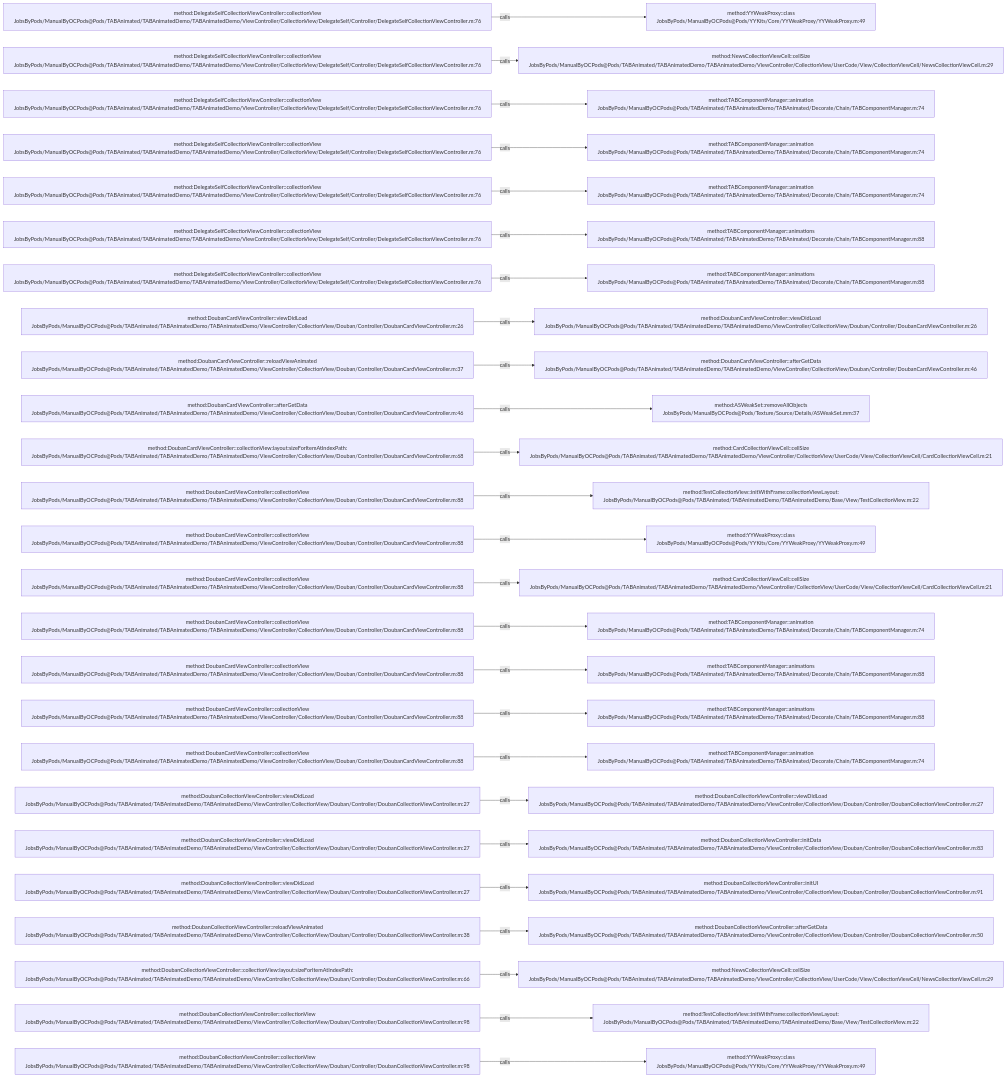
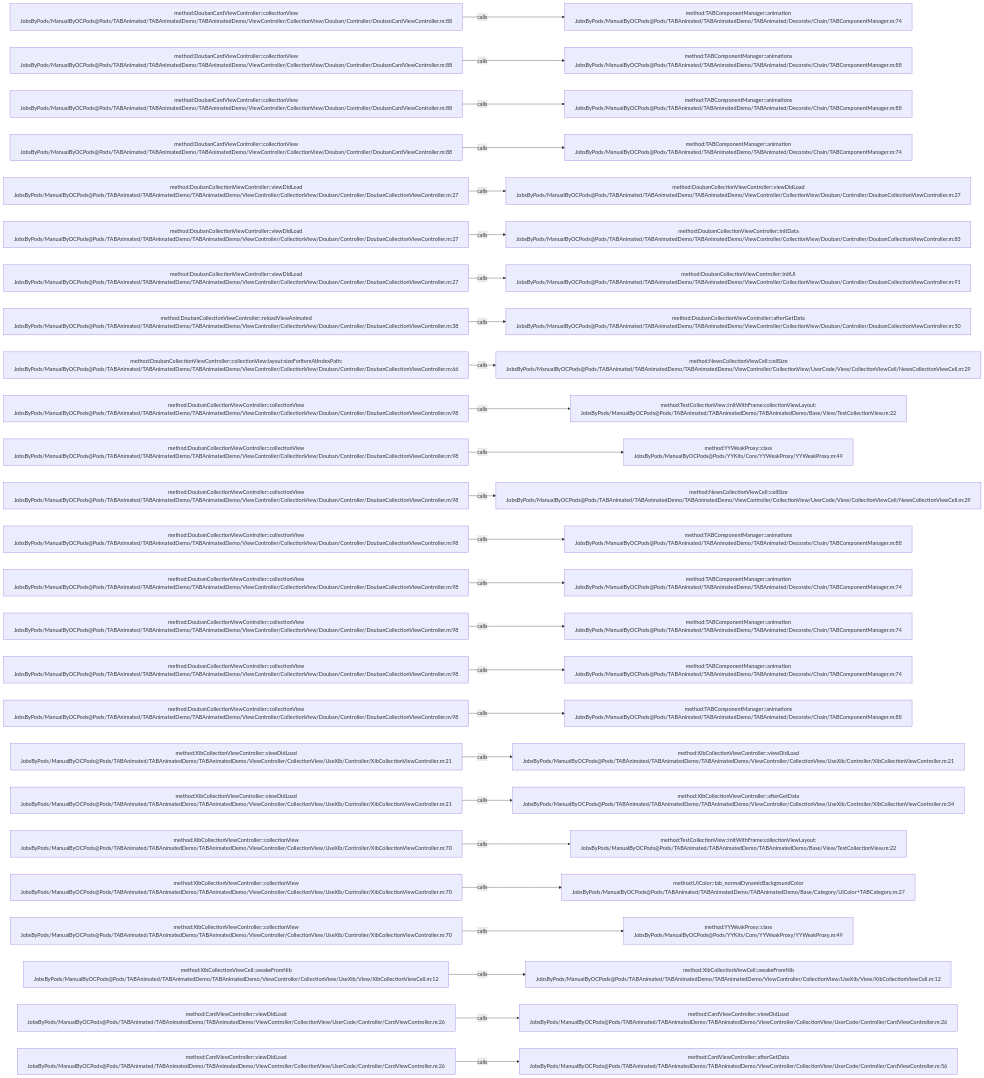
The diagram in .codegraph/codegraph.md/graphs/calls-050.md (JobsKits/JobsOCBaseConfigDemo), drawn with Mermaid before and after one commit. The commit also changed 296 other files, not shown here.

````diff
--- a/.codegraph/codegraph.md/graphs/calls-050.md
+++ b/.codegraph/codegraph.md/graphs/calls-050.md
@@ -13,78 +13,78 @@
 ```mermaid
 flowchart LR
-  S1["method:DelegateSelfCollectionViewController::collectionView<br/>JobsByPods/ManualByOCPods@Pods/TABAnimated/TABAnimatedDemo/TABAnimatedDemo/ViewController/CollectionView/DelegateSelf/Controller/DelegateSelfCollectionViewController.m:76"]
-  T1["method:YYWeakProxy::class<br/>JobsByPods/ManualByOCPods@Pods/YYKits/Core/YYWeakProxy/YYWeakProxy.m:49"]
+  S1["method:DoubanCardViewController::collectionView<br/>JobsByPods/ManualByOCPods@Pods/TABAnimated/TABAnimatedDemo/TABAnimatedDemo/ViewController/CollectionView/Douban/Controller/DoubanCardViewController.m:88"]
+  T1["method:TABComponentManager::animation<br/>JobsByPods/ManualByOCPods@Pods/TABAnimated/TABAnimatedDemo/TABAnimated/Decorate/Chain/TABComponentManager.m:74"]
   S1 -->|calls| T1
-  S2["method:DelegateSelfCollectionViewController::collectionView<br/>JobsByPods/ManualByOCPods@Pods/TABAnimated/TABAnimatedDemo/TABAnimatedDemo/ViewController/CollectionView/DelegateSelf/Controller/DelegateSelfCollectionViewController.m:76"]
-  T2["method:NewsCollectionViewCell::cellSize<br/>JobsByPods/ManualByOCPods@Pods/TABAnimated/TABAnimatedDemo/TABAnimatedDemo/ViewController/CollectionView/UserCode/View/CollectionViewCell/NewsCollectionViewCell.m:29"]
+  S2["method:DoubanCardViewController::collectionView<br/>JobsByPods/ManualByOCPods@Pods/TABAnimated/TABAnimatedDemo/TABAnimatedDemo/ViewController/CollectionView/Douban/Controller/DoubanCardViewController.m:88"]
+  T2["method:TABComponentManager::animations<br/>JobsByPods/ManualByOCPods@Pods/TABAnimated/TABAnimatedDemo/TABAnimated/Decorate/Chain/TABComponentManager.m:88"]
   S2 -->|calls| T2
-  S3["method:DelegateSelfCollectionViewController::collectionView<br/>JobsByPods/ManualByOCPods@Pods/TABAnimated/TABAnimatedDemo/TABAnimatedDemo/ViewController/CollectionView/DelegateSelf/Controller/DelegateSelfCollectionViewController.m:76"]
-  T3["method:TABComponentManager::animation<br/>JobsByPods/ManualByOCPods@Pods/TABAnimated/TABAnimatedDemo/TABAnimated/Decorate/Chain/TABComponentManager.m:74"]
+  S3["method:DoubanCardViewController::collectionView<br/>JobsByPods/ManualByOCPods@Pods/TABAnimated/TABAnimatedDemo/TABAnimatedDemo/ViewController/CollectionView/Douban/Controller/DoubanCardViewController.m:88"]
+  T3["method:TABComponentManager::animations<br/>JobsByPods/ManualByOCPods@Pods/TABAnimated/TABAnimatedDemo/TABAnimated/Decorate/Chain/TABComponentManager.m:88"]
   S3 -->|calls| T3
-  S4["method:DelegateSelfCollectionViewController::collectionView<br/>JobsByPods/ManualByOCPods@Pods/TABAnimated/TABAnimatedDemo/TABAnimatedDemo/ViewController/CollectionView/DelegateSelf/Controller/DelegateSelfCollectionViewController.m:76"]
+  S4["method:DoubanCardViewController::collectionView<br/>JobsByPods/ManualByOCPods@Pods/TABAnimated/TABAnimatedDemo/TABAnimatedDemo/ViewController/CollectionView/Douban/Controller/DoubanCardViewController.m:88"]
   T4["method:TABComponentManager::animation<br/>JobsByPods/ManualByOCPods@Pods/TABAnimated/TABAnimatedDemo/TABAnimated/Decorate/Chain/TABComponentManager.m:74"]
   S4 -->|calls| T4
-  S5["method:DelegateSelfCollectionViewController::collectionView<br/>JobsByPods/ManualByOCPods@Pods/TABAnimated/TABAnimatedDemo/TABAnimatedDemo/ViewController/CollectionView/DelegateSelf/Controller/DelegateSelfCollectionViewController.m:76"]
-  T5["method:TABComponentManager::animation<br/>JobsByPods/ManualByOCPods@Pods/TABAnimated/TABAnimatedDemo/TABAnimated/Decorate/Chain/TABComponentManager.m:74"]
+  S5["method:DoubanCollectionViewController::viewDidLoad<br/>JobsByPods/ManualByOCPods@Pods/TABAnimated/TABAnimatedDemo/TABAnimatedDemo/ViewController/CollectionView/Douban/Controller/DoubanCollectionViewController.m:27"]
+  T5["method:DoubanCollectionViewController::viewDidLoad<br/>JobsByPods/ManualByOCPods@Pods/TABAnimated/TABAnimatedDemo/TABAnimatedDemo/ViewController/CollectionView/Douban/Controller/DoubanCollectionViewController.m:27"]
   S5 -->|calls| T5
-  S6["method:DelegateSelfCollectionViewController::collectionView<br/>JobsByPods/ManualByOCPods@Pods/TABAnimated/TABAnimatedDemo/TABAnimatedDemo/ViewController/CollectionView/DelegateSelf/Controller/DelegateSelfCollectionViewController.m:76"]
-  T6["method:TABComponentManager::animations<br/>JobsByPods/ManualByOCPods@Pods/TABAnimated/TABAnimatedDemo/TABAnimated/Decorate/Chain/TABComponentManager.m:88"]
+  S6["method:DoubanCollectionViewController::viewDidLoad<br/>JobsByPods/ManualByOCPods@Pods/TABAnimated/TABAnimatedDemo/TABAnimatedDemo/ViewController/CollectionView/Douban/Controller/DoubanCollectionViewController.m:27"]
+  T6["method:DoubanCollectionViewController::initData<br/>JobsByPods/ManualByOCPods@Pods/TABAnimated/TABAnimatedDemo/TABAnimatedDemo/ViewController/CollectionView/Douban/Controller/DoubanCollectionViewController.m:83"]
   S6 -->|calls| T6
-  S7["method:DelegateSelfCollectionViewController::collectionView<br/>JobsByPods/ManualByOCPods@Pods/TABAnimated/TABAnimatedDemo/TABAnimatedDemo/ViewController/CollectionView/DelegateSelf/Controller/DelegateSelfCollectionViewController.m:76"]
-  T7["method:TABComponentManager::animations<br/>JobsByPods/ManualByOCPods@Pods/TABAnimated/TABAnimatedDemo/TABAnimated/Decorate/Chain/TABComponentManager.m:88"]
+  S7["method:DoubanCollectionViewController::viewDidLoad<br/>JobsByPods/ManualByOCPods@Pods/TABAnimated/TABAnimatedDemo/TABAnimatedDemo/ViewController/CollectionView/Douban/Controller/DoubanCollectionViewController.m:27"]
+  T7["method:DoubanCollectionViewController::initUI<br/>JobsByPods/ManualByOCPods@Pods/TABAnimated/TABAnimatedDemo/TABAnimatedDemo/ViewController/CollectionView/Douban/Controller/DoubanCollectionViewController.m:91"]
   S7 -->|calls| T7
-  S8["method:DoubanCardViewController::viewDidLoad<br/>JobsByPods/ManualByOCPods@Pods/TABAnimated/TABAnimatedDemo/TABAnimatedDemo/ViewController/CollectionView/Douban/Controller/DoubanCardViewController.m:26"]
-  T8["method:DoubanCardViewController::viewDidLoad<br/>JobsByPods/ManualByOCPods@Pods/TABAnimated/TABAnimatedDemo/TABAnimatedDemo/ViewController/CollectionView/Douban/Controller/DoubanCardViewController.m:26"]
+  S8["method:DoubanCollectionViewController::reloadViewAnimated<br/>JobsByPods/ManualByOCPods@Pods/TABAnimated/TABAnimatedDemo/TABAnimatedDemo/ViewController/CollectionView/Douban/Controller/DoubanCollectionViewController.m:38"]
+  T8["method:DoubanCollectionViewController::afterGetData<br/>JobsByPods/ManualByOCPods@Pods/TABAnimated/TABAnimatedDemo/TABAnimatedDemo/ViewController/CollectionView/Douban/Controller/DoubanCollectionViewController.m:50"]
   S8 -->|calls| T8
-  S9["method:DoubanCardViewController::reloadViewAnimated<br/>JobsByPods/ManualByOCPods@Pods/TABAnimated/TABAnimatedDemo/TABAnimatedDemo/ViewController/CollectionView/Douban/Controller/DoubanCardViewController.m:37"]
-  T9["method:DoubanCardViewController::afterGetData<br/>JobsByPods/ManualByOCPods@Pods/TABAnimated/TABAnimatedDemo/TABAnimatedDemo/ViewController/CollectionView/Douban/Controller/DoubanCardViewController.m:46"]
+  S9["method:DoubanCollectionViewController::collectionView:layout:sizeForItemAtIndexPath:<br/>JobsByPods/ManualByOCPods@Pods/TABAnimated/TABAnimatedDemo/TABAnimatedDemo/ViewController/CollectionView/Douban/Controller/DoubanCollectionViewController.m:66"]
+  T9["method:NewsCollectionViewCell::cellSize<br/>JobsByPods/ManualByOCPods@Pods/TABAnimated/TABAnimatedDemo/TABAnimatedDemo/ViewController/CollectionView/UserCode/View/CollectionViewCell/NewsCollectionViewCell.m:29"]
   S9 -->|calls| T9
-  S10["method:DoubanCardViewController::afterGetData<br/>JobsByPods/ManualByOCPods@Pods/TABAnimated/TABAnimatedDemo/TABAnimatedDemo/ViewController/CollectionView/Douban/Controller/DoubanCardViewController.m:46"]
-  T10["method:ASWeakSet::removeAllObjects<br/>JobsByPods/ManualByOCPods@Pods/Texture/Source/Details/ASWeakSet.mm:37"]
+  S10["method:DoubanCollectionViewController::collectionView<br/>JobsByPods/ManualByOCPods@Pods/TABAnimated/TABAnimatedDemo/TABAnimatedDemo/ViewController/CollectionView/Douban/Controller/DoubanCollectionViewController.m:98"]
+  T10["method:TestCollectionView::initWithFrame:collectionViewLayout:<br/>JobsByPods/ManualByOCPods@Pods/TABAnimated/TABAnimatedDemo/TABAnimatedDemo/Base/View/TestCollectionView.m:22"]
   S10 -->|calls| T10
-  S11["method:DoubanCardViewController::collectionView:layout:sizeForItemAtIndexPath:<br/>JobsByPods/ManualByOCPods@Pods/TABAnimated/TABAnimatedDemo/TABAnimatedDemo/ViewController/CollectionView/Douban/Controller/DoubanCardViewController.m:68"]
-  T11["method:CardCollectionViewCell::cellSize<br/>JobsByPods/ManualByOCPods@Pods/TABAnimated/TABAnimatedDemo/TABAnimatedDemo/ViewController/CollectionView/UserCode/View/CollectionViewCell/CardCollectionViewCell.m:21"]
+  S11["method:DoubanCollectionViewController::collectionView<br/>JobsByPods/ManualByOCPods@Pods/TABAnimated/TABAnimatedDemo/TABAnimatedDemo/ViewController/CollectionView/Douban/Controller/DoubanCollectionViewController.m:98"]
+  T11["method:YYWeakProxy::class<br/>JobsByPods/ManualByOCPods@Pods/YYKits/Core/YYWeakProxy/YYWeakProxy.m:49"]
   S11 -->|calls| T11
-  S12["method:DoubanCardViewController::collectionView<br/>JobsByPods/ManualByOCPods@Pods/TABAnimated/TABAnimatedDemo/TABAnimatedDemo/ViewController/CollectionView/Douban/Controller/DoubanCardViewController.m:88"]
-  T12["method:TestCollectionView::initWithFrame:collectionViewLayout:<br/>JobsByPods/ManualByOCPods@Pods/TABAnimated/TABAnimatedDemo/TABAnimatedDemo/Base/View/TestCollectionView.m:22"]
+  S12["method:DoubanCollectionViewController::collectionView<br/>JobsByPods/ManualByOCPods@Pods/TABAnimated/TABAnimatedDemo/TABAnimatedDemo/ViewController/CollectionView/Douban/Controller/DoubanCollectionViewController.m:98"]
+  T12["method:NewsCollectionViewCell::cellSize<br/>JobsByPods/ManualByOCPods@Pods/TABAnimated/TABAnimatedDemo/TABAnimatedDemo/ViewController/CollectionView/UserCode/View/CollectionViewCell/NewsCollectionViewCell.m:29"]
   S12 -->|calls| T12
-  S13["method:DoubanCardViewController::collectionView<br/>JobsByPods/ManualByOCPods@Pods/TABAnimated/TABAnimatedDemo/TABAnimatedDemo/ViewController/CollectionView/Douban/Controller/DoubanCardViewController.m:88"]
-  T13["method:YYWeakProxy::class<br/>JobsByPods/ManualByOCPods@Pods/YYKits/Core/YYWeakProxy/YYWeakProxy.m:49"]
+  S13["method:DoubanCollectionViewController::collectionView<br/>JobsByPods/ManualByOCPods@Pods/TABAnimated/TABAnimatedDemo/TABAnimatedDemo/ViewController/CollectionView/Douban/Controller/DoubanCollectionViewController.m:98"]
+  T13["method:TABComponentManager::animations<br/>JobsByPods/ManualByOCPods@Pods/TABAnimated/TABAnimatedDemo/TABAnimated/Decorate/Chain/TABComponentManager.m:88"]
   S13 -->|calls| T13
-  S14["method:DoubanCardViewController::collectionView<br/>JobsByPods/ManualByOCPods@Pods/TABAnimated/TABAnimatedDemo/TABAnimatedDemo/ViewController/CollectionView/Douban/Controller/DoubanCardViewController.m:88"]
-  T14["method:CardCollectionViewCell::cellSize<br/>JobsByPods/ManualByOCPods@Pods/TABAnimated/TABAnimatedDemo/TABAnimatedDemo/ViewController/CollectionView/UserCode/View/CollectionViewCell/CardCollectionViewCell.m:21"]
+  S14["method:DoubanCollectionViewController::collectionView<br/>JobsByPods/ManualByOCPods@Pods/TABAnimated/TABAnimatedDemo/TABAnimatedDemo/ViewController/CollectionView/Douban/Controller/DoubanCollectionViewController.m:98"]
+  T14["method:TABComponentManager::animation<br/>JobsByPods/ManualByOCPods@Pods/TABAnimated/TABAnimatedDemo/TABAnimated/Decorate/Chain/TABComponentManager.m:74"]
   S14 -->|calls| T14
-  S15["method:DoubanCardViewController::collectionView<br/>JobsByPods/ManualByOCPods@Pods/TABAnimated/TABAnimatedDemo/TABAnimatedDemo/ViewController/CollectionView/Douban/Controller/DoubanCardViewController.m:88"]
+  S15["method:DoubanCollectionViewController::collectionView<br/>JobsByPods/ManualByOCPods@Pods/TABAnimated/TABAnimatedDemo/TABAnimatedDemo/ViewController/CollectionView/Douban/Controller/DoubanCollectionViewController.m:98"]
   T15["method:TABComponentManager::animation<br/>JobsByPods/ManualByOCPods@Pods/TABAnimated/TABAnimatedDemo/TABAnimated/Decorate/Chain/TABComponentManager.m:74"]
   S15 -->|calls| T15
-  S16["method:DoubanCardViewController::collectionView<br/>JobsByPods/ManualByOCPods@Pods/TABAnimated/TABAnimatedDemo/TABAnimatedDemo/ViewController/CollectionView/Douban/Controller/DoubanCardViewController.m:88"]
-  T16["method:TABComponentManager::animations<br/>JobsByPods/ManualByOCPods@Pods/TABAnimated/TABAnimatedDemo/TABAnimated/Decorate/Chain/TABComponentManager.m:88"]
+  S16["method:DoubanCollectionViewController::collectionView<br/>JobsByPods/ManualByOCPods@Pods/TABAnimated/TABAnimatedDemo/TABAnimatedDemo/ViewController/CollectionView/Douban/Controller/DoubanCollectionViewController.m:98"]
+  T16["method:TABComponentManager::animation<br/>JobsByPods/ManualByOCPods@Pods/TABAnimated/TABAnimatedDemo/TABAnimated/Decorate/Chain/TABComponentManager.m:74"]
   S16 -->|calls| T16
-  S17["method:DoubanCardViewController::collectionView<br/>JobsByPods/ManualByOCPods@Pods/TABAnimated/TABAnimatedDemo/TABAnimatedDemo/ViewController/CollectionView/Douban/Controller/DoubanCardViewController.m:88"]
+  S17["method:DoubanCollectionViewController::collectionView<br/>JobsByPods/ManualByOCPods@Pods/TABAnimated/TABAnimatedDemo/TABAnimatedDemo/ViewController/CollectionView/Douban/Controller/DoubanCollectionViewController.m:98"]
   T17["method:TABComponentManager::animations<br/>JobsByPods/ManualByOCPods@Pods/TABAnimated/TABAnimatedDemo/TABAnimated/Decorate/Chain/TABComponentManager.m:88"]
   S17 -->|calls| T17
-  S18["method:DoubanCardViewController::collectionView<br/>JobsByPods/ManualByOCPods@Pods/TABAnimated/TABAnimatedDemo/TABAnimatedDemo/ViewController/CollectionView/Douban/Controller/DoubanCardViewController.m:88"]
-  T18["method:TABComponentManager::animation<br/>JobsByPods/ManualByOCPods@Pods/TABAnimated/TABAnimatedDemo/TABAnimated/Decorate/Chain/TABComponentManager.m:74"]
+  S18["method:XibCollectionViewController::viewDidLoad<br/>JobsByPods/ManualByOCPods@Pods/TABAnimated/TABAnimatedDemo/TABAnimatedDemo/ViewController/CollectionView/UseXib/Controller/XibCollectionViewController.m:21"]
+  T18["method:XibCollectionViewController::viewDidLoad<br/>JobsByPods/ManualByOCPods@Pods/TABAnimated/TABAnimatedDemo/TABAnimatedDemo/ViewController/CollectionView/UseXib/Controller/XibCollectionViewController.m:21"]
   S18 -->|calls| T18
-  S19["method:DoubanCollectionViewController::viewDidLoad<br/>JobsByPods/ManualByOCPods@Pods/TABAnimated/TABAnimatedDemo/TABAnimatedDemo/ViewController/CollectionView/Douban/Controller/DoubanCollectionViewController.m:27"]
-  T19["method:DoubanCollectionViewController::viewDidLoad<br/>JobsByPods/ManualByOCPods@Pods/TABAnimated/TABAnimatedDemo/TABAnimatedDemo/ViewController/CollectionView/Douban/Controller/DoubanCollectionViewController.m:27"]
+  S19["method:XibCollectionViewController::viewDidLoad<br/>JobsByPods/ManualByOCPods@Pods/TABAnimated/TABAnimatedDemo/TABAnimatedDemo/ViewController/CollectionView/UseXib/Controller/XibCollectionViewController.m:21"]
+  T19["method:XibCollectionViewController::afterGetData<br/>JobsByPods/ManualByOCPods@Pods/TABAnimated/TABAnimatedDemo/TABAnimatedDemo/ViewController/CollectionView/UseXib/Controller/XibCollectionViewController.m:34"]
   S19 -->|calls| T19
-  S20["method:DoubanCollectionViewController::viewDidLoad<br/>JobsByPods/ManualByOCPods@Pods/TABAnimated/TABAnimatedDemo/TABAnimatedDemo/ViewController/CollectionView/Douban/Controller/DoubanCollectionViewController.m:27"]
-  T20["method:DoubanCollectionViewController::initData<br/>JobsByPods/ManualByOCPods@Pods/TABAnimated/TABAnimatedDemo/TABAnimatedDemo/ViewController/CollectionView/Douban/Controller/DoubanCollectionViewController.m:83"]
+  S20["method:XibCollectionViewController::collectionView<br/>JobsByPods/ManualByOCPods@Pods/TABAnimated/TABAnimatedDemo/TABAnimatedDemo/ViewController/CollectionView/UseXib/Controller/XibCollectionViewController.m:70"]
+  T20["method:TestCollectionView::initWithFrame:collectionViewLayout:<br/>JobsByPods/ManualByOCPods@Pods/TABAnimated/TABAnimatedDemo/TABAnimatedDemo/Base/View/TestCollectionView.m:22"]
   S20 -->|calls| T20
-  S21["method:DoubanCollectionViewController::viewDidLoad<br/>JobsByPods/ManualByOCPods@Pods/TABAnimated/TABAnimatedDemo/TABAnimatedDemo/ViewController/CollectionView/Douban/Controller/DoubanCollectionViewController.m:27"]
-  T21["method:DoubanCollectionViewController::initUI<br/>JobsByPods/ManualByOCPods@Pods/TABAnimated/TABAnimatedDemo/TABAnimatedDemo/ViewController/CollectionView/Douban/Controller/DoubanCollectionViewController.m:91"]
+  S21["method:XibCollectionViewController::collectionView<br/>JobsByPods/ManualByOCPods@Pods/TABAnimated/TABAnimatedDemo/TABAnimatedDemo/ViewController/CollectionView/UseXib/Controller/XibCollectionViewController.m:70"]
+  T21["method:UIColor::tab_normalDynamicBackgroundColor<br/>JobsByPods/ManualByOCPods@Pods/TABAnimated/TABAnimatedDemo/TABAnimatedDemo/Base/Category/UIColor+TABCategory.m:27"]
   S21 -->|calls| T21
-  S22["method:DoubanCollectionViewController::reloadViewAnimated<br/>JobsByPods/ManualByOCPods@Pods/TABAnimated/TABAnimatedDemo/TABAnimatedDemo/ViewController/CollectionView/Douban/Controller/DoubanCollectionViewController.m:38"]
-  T22["method:DoubanCollectionViewController::afterGetData<br/>JobsByPods/ManualByOCPods@Pods/TABAnimated/TABAnimatedDemo/TABAnimatedDemo/ViewController/CollectionView/Douban/Controller/DoubanCollectionViewController.m:50"]
+  S22["method:XibCollectionViewController::collectionView<br/>JobsByPods/ManualByOCPods@Pods/TABAnimated/TABAnimatedDemo/TABAnimatedDemo/ViewController/CollectionView/UseXib/Controller/XibCollectionViewController.m:70"]
+  T22["method:YYWeakProxy::class<br/>JobsByPods/ManualByOCPods@Pods/YYKits/Core/YYWeakProxy/YYWeakProxy.m:49"]
   S22 -->|calls| T22
-  S23["method:DoubanCollectionViewController::collectionView:layout:sizeForItemAtIndexPath:<br/>JobsByPods/ManualByOCPods@Pods/TABAnimated/TABAnimatedDemo/TABAnimatedDemo/ViewController/CollectionView/Douban/Controller/DoubanCollectionViewController.m:66"]
-  T23["method:NewsCollectionViewCell::cellSize<br/>JobsByPods/ManualByOCPods@Pods/TABAnimated/TABAnimatedDemo/TABAnimatedDemo/ViewController/CollectionView/UserCode/View/CollectionViewCell/NewsCollectionViewCell.m:29"]
+  S23["method:XibCollectionViewCell::awakeFromNib<br/>JobsByPods/ManualByOCPods@Pods/TABAnimated/TABAnimatedDemo/TABAnimatedDemo/ViewController/CollectionView/UseXib/View/XibCollectionViewCell.m:12"]
+  T23["method:XibCollectionViewCell::awakeFromNib<br/>JobsByPods/ManualByOCPods@Pods/TABAnimated/TABAnimatedDemo/TABAnimatedDemo/ViewController/CollectionView/UseXib/View/XibCollectionViewCell.m:12"]
   S23 -->|calls| T23
-  S24["method:DoubanCollectionViewController::collectionView<br/>JobsByPods/ManualByOCPods@Pods/TABAnimated/TABAnimatedDemo/TABAnimatedDemo/ViewController/CollectionView/Douban/Controller/DoubanCollectionViewController.m:98"]
-  T24["method:TestCollectionView::initWithFrame:collectionViewLayout:<br/>JobsByPods/ManualByOCPods@Pods/TABAnimated/TABAnimatedDemo/TABAnimatedDemo/Base/View/TestCollectionView.m:22"]
+  S24["method:CardViewController::viewDidLoad<br/>JobsByPods/ManualByOCPods@Pods/TABAnimated/TABAnimatedDemo/TABAnimatedDemo/ViewController/CollectionView/UserCode/Controller/CardViewController.m:26"]
+  T24["method:CardViewController::viewDidLoad<br/>JobsByPods/ManualByOCPods@Pods/TABAnimated/TABAnimatedDemo/TABAnimatedDemo/ViewController/CollectionView/UserCode/Controller/CardViewController.m:26"]
   S24 -->|calls| T24
-  S25["method:DoubanCollectionViewController::collectionView<br/>JobsByPods/ManualByOCPods@Pods/TABAnimated/TABAnimatedDemo/TABAnimatedDemo/ViewController/CollectionView/Douban/Controller/DoubanCollectionViewController.m:98"]
-  T25["method:YYWeakProxy::class<br/>JobsByPods/ManualByOCPods@Pods/YYKits/Core/YYWeakProxy/YYWeakProxy.m:49"]
+  S25["method:CardViewController::viewDidLoad<br/>JobsByPods/ManualByOCPods@Pods/TABAnimated/TABAnimatedDemo/TABAnimatedDemo/ViewController/CollectionView/UserCode/Controller/CardViewController.m:26"]
+  T25["method:CardViewController::afterGetData<br/>JobsByPods/ManualByOCPods@Pods/TABAnimated/TABAnimatedDemo/TABAnimatedDemo/ViewController/CollectionView/UserCode/Controller/CardViewController.m:56"]
   S25 -->|calls| T25
 ```
````
